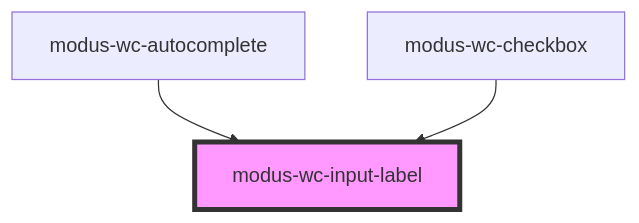
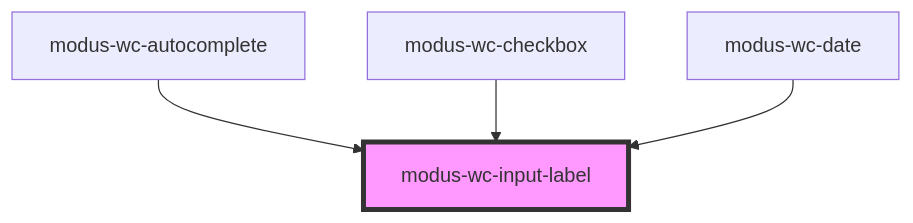
One commit to trimble-oss/modus-wc-2.0 changed the diagram in src/components/atoms/modus-wc-input-label/readme.md. Above: the diagram before and after it, drawn with Mermaid. The commit also changed other lines of this file and 12 other files, not shown here.

Commit message:
feat: add input label to date

````diff
--- a/src/components/atoms/modus-wc-input-label/readme.md
+++ b/src/components/atoms/modus-wc-input-label/readme.md
@@ -36,6 +37,7 @@
 ```mermaid
 graph TD;
   modus-wc-autocomplete --> modus-wc-input-label
   modus-wc-checkbox --> modus-wc-input-label
+  modus-wc-date --> modus-wc-input-label
   style modus-wc-input-label fill:#f9f,stroke:#333,stroke-width:4px
 ```
````
